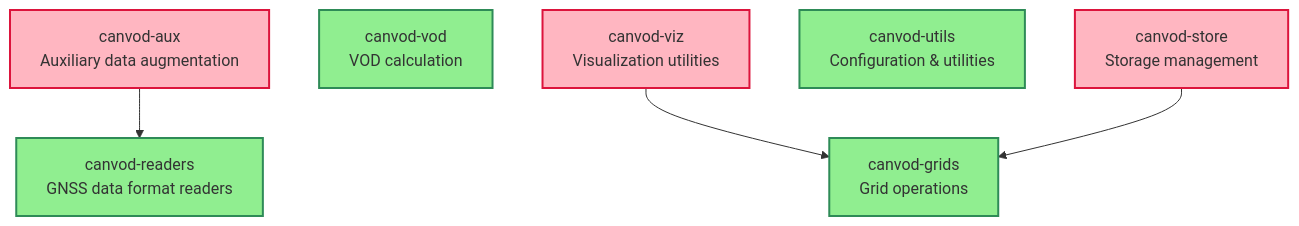
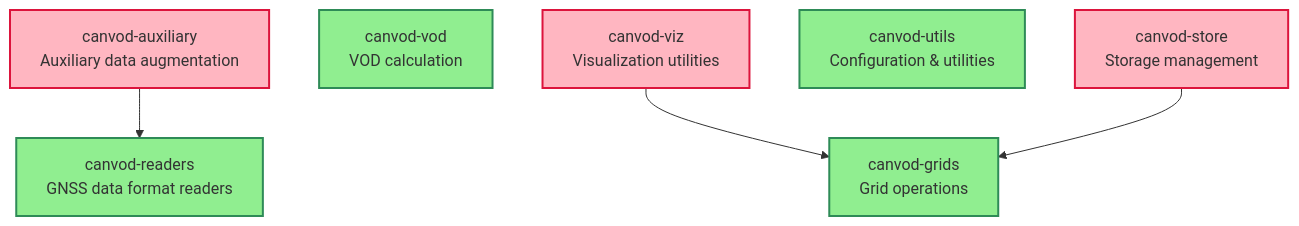
One commit to mfkiwl/canvodpy changed the diagram in docs-site/docs/dependencies.md. Above: the diagram before and after it, drawn with Mermaid. The commit also changed other lines of this file and 107 other files, not shown here.

First line of the commit message:
refactor: update all imports and references to canvod.auxiliary

````diff
--- a/docs-site/docs/dependencies.md
+++ b/docs-site/docs/dependencies.md
@@ -7,26 +7,26 @@
 ```mermaid
 graph TD
     classDef stable fill:#90EE90,stroke:#2E8B57,stroke-width:2px
     classDef unstable fill:#FFB6C1,stroke:#DC143C,stroke-width:2px
     classDef balanced fill:#87CEEB,stroke:#4682B4,stroke-width:2px
 
     canvod_readers["canvod-readers<br/>GNSS data format readers"]
-    canvod_aux["canvod-aux<br/>Auxiliary data augmentation"]
+    canvod_aux["canvod-auxiliary<br/>Auxiliary data augmentation"]
     canvod_vod["canvod-vod<br/>VOD calculation"]
     canvod_viz["canvod-viz<br/>Visualization utilities"]
     canvod_utils["canvod-utils<br/>Configuration & utilities"]
     canvod_grids["canvod-grids<br/>Grid operations"]
     canvod_store["canvod-store<br/>Storage management"]
 
     canvod_aux --> canvod_readers
     canvod_viz --> canvod_grids
     canvod_store --> canvod_grids
 
     class canvod_readers stable
     class canvod_aux unstable
     class canvod_vod stable
     class canvod_viz unstable
     class canvod_utils stable
     class canvod_grids stable
     class canvod_store unstable
 ```
````
